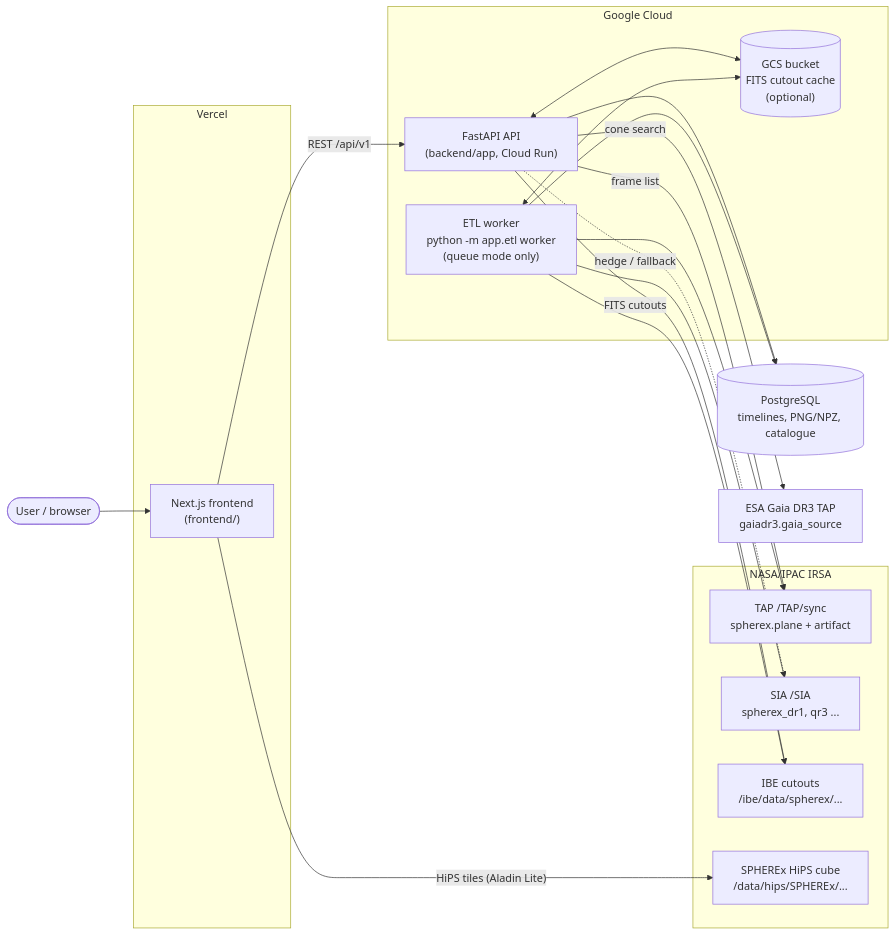
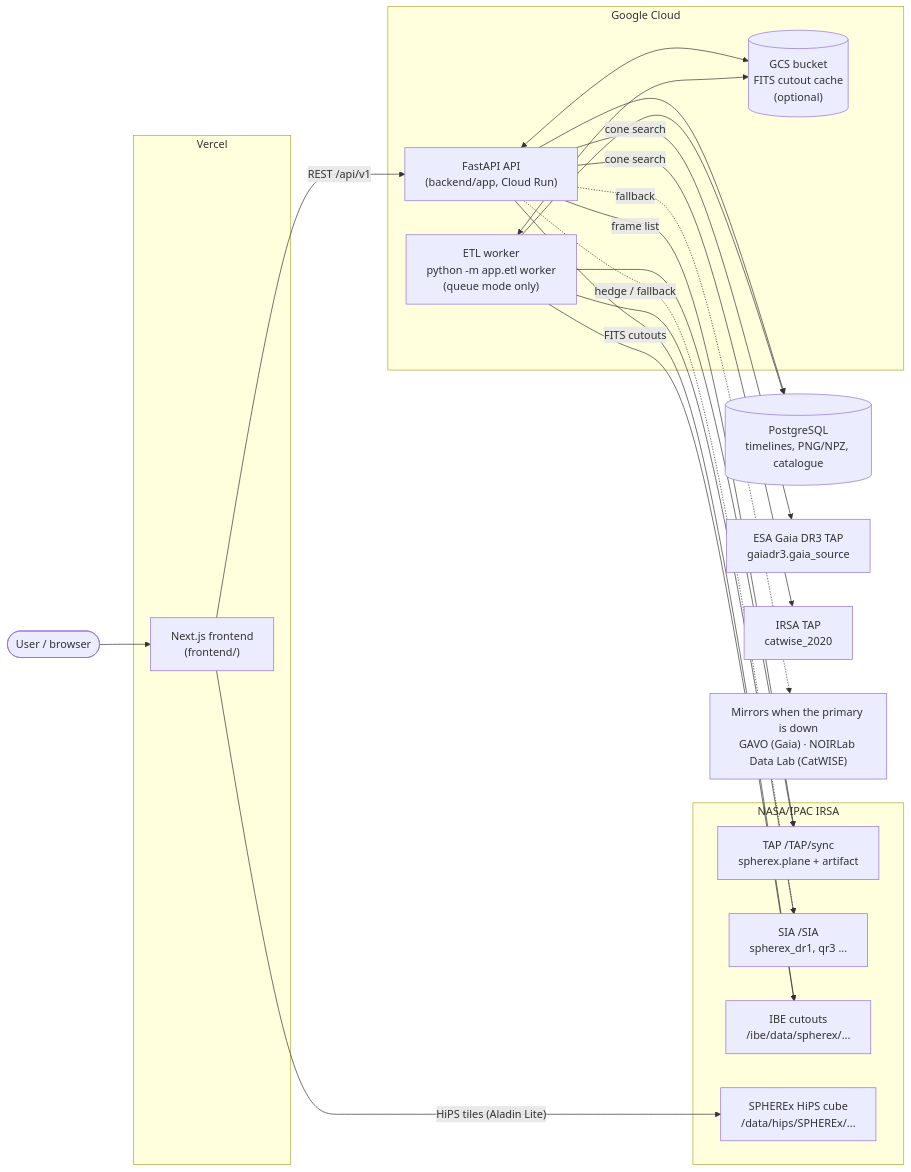
One commit to toroc07/nebo-app changed the first of 10 diagrams in docs/architecture.md. Above: the diagram before and after it, drawn with Mermaid. The commit also changed other lines of this file and 11 other files, not shown here.

Commit message:
feat: sky-map landmarks and hover names for every marker; docs audit (test counts, CatWISE and mirrors, components, sources)

````diff
--- a/docs/architecture.md
+++ b/docs/architecture.md
@@ -36,38 +36,42 @@
 ```mermaid
 flowchart LR
   user(["User / browser"])
 
   subgraph vercel["Vercel"]
     fe["Next.js frontend<br/>(frontend/)"]
   end
 
   subgraph gcp["Google Cloud"]
     api["FastAPI API<br/>(backend/app, Cloud Run)"]
     worker["ETL worker<br/>python -m app.etl worker<br/>(queue mode only)"]
     gcs[("GCS bucket<br/>FITS cutout cache<br/>(optional)")]
   end
 
   pg[("PostgreSQL<br/>timelines, PNG/NPZ, catalogue")]
 
   subgraph nasa["NASA/IPAC IRSA"]
     tap["TAP /TAP/sync<br/>spherex.plane + artifact"]
     sia["SIA /SIA<br/>spherex_dr1, qr3 ..."]
     ibe["IBE cutouts<br/>/ibe/data/spherex/..."]
     hips["SPHEREx HiPS cube<br/>/data/hips/SPHEREx/..."]
   end
 
   gaia["ESA Gaia DR3 TAP<br/>gaiadr3.gaia_source"]
+  catwise["IRSA TAP<br/>catwise_2020"]
+  mirrors["Mirrors when the primary is down<br/>GAVO (Gaia) · NOIRLab Data Lab (CatWISE)"]
 
   user --> fe
   fe -- "REST /api/v1" --> api
   fe -- "HiPS tiles (Aladin Lite)" --> hips
   api --> pg
   worker --> pg
   api -- "frame list" --> tap
   api -. "hedge / fallback" .-> sia
   api -- "FITS cutouts" --> ibe
   worker --> tap & sia & ibe
   api <--> gcs
   worker <--> gcs
   api -- "cone search" --> gaia
+  api -- "cone search" --> catwise
+  api -. "fallback" .-> mirrors
 ```
````
